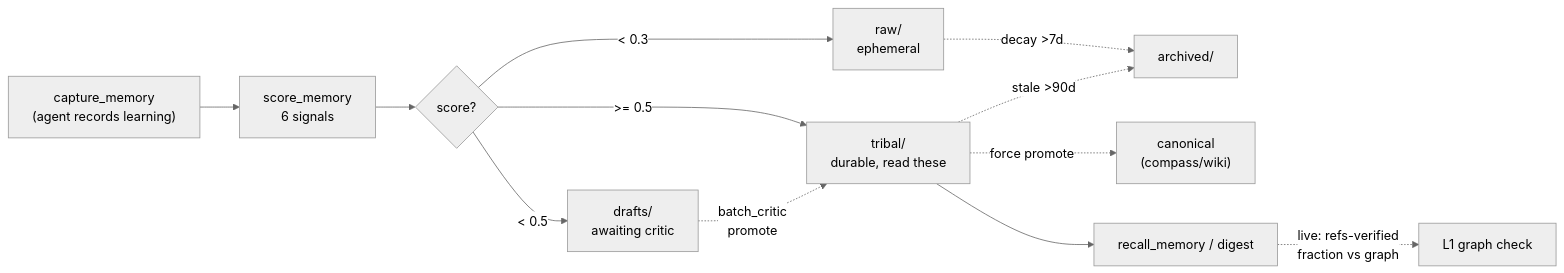
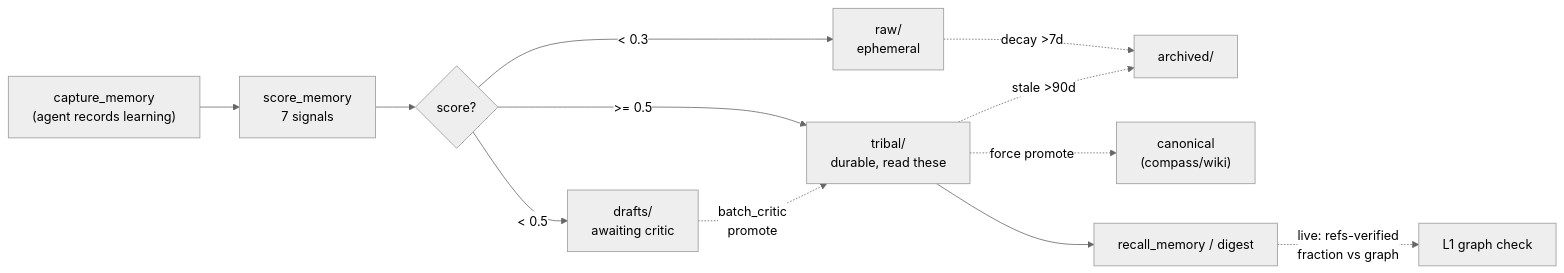
Before and after one commit to tanlnm512/cairn: the tenth of 11 diagrams in docs/architecture-overview.md, drawn with Mermaid (neutral theme). The commit also changed other lines of this file and 42 other files, not shown here.

````diff
--- a/docs/architecture-overview.md
+++ b/docs/architecture-overview.md
@@ -331,18 +331,18 @@
 ```mermaid
 flowchart LR
     CAP["capture_memory<br/>(agent records learning)"]
-    CAP --> SCORE["score_memory<br/>6 signals"]
+    CAP --> SCORE["score_memory<br/>7 signals"]
     SCORE --> TIER{score?}
     TIER -- "< 0.3" --> RAW["raw/<br/>ephemeral"]
     TIER -- "< 0.5" --> DRAFT["drafts/<br/>awaiting critic"]
     TIER -- ">= 0.5" --> TRIBAL["tribal/<br/>durable, read these"]
 
     RAW -.->|"decay >7d"| ARCH["archived/"]
     TRIBAL -.->|"stale >90d"| ARCH
     DRAFT -.->|"batch_critic<br/>promote"| TRIBAL
     TRIBAL -.->|"force promote"| CANON["canonical<br/>(compass/wiki)"]
 
     RECALL["recall_memory / digest"]
     TRIBAL --> RECALL
     RECALL -.->|"live: refs-verified<br/>fraction vs graph"| VERIFY["L1 graph check"]
 ```
````
